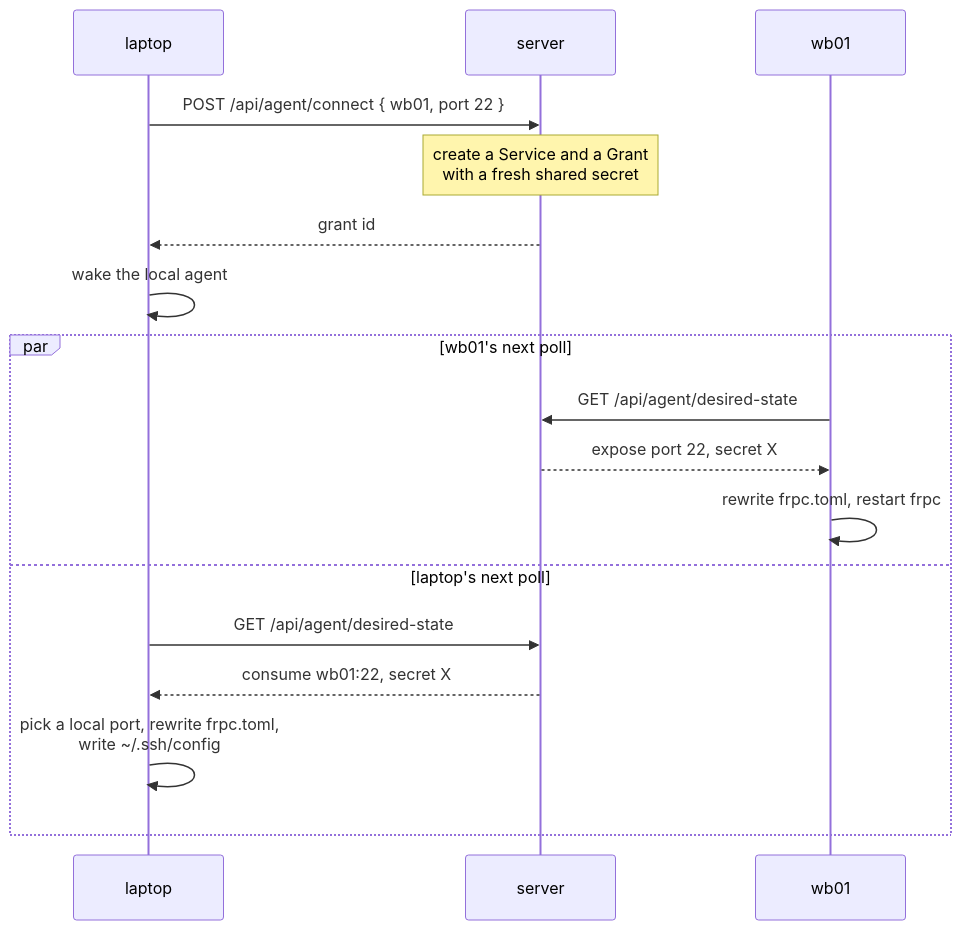
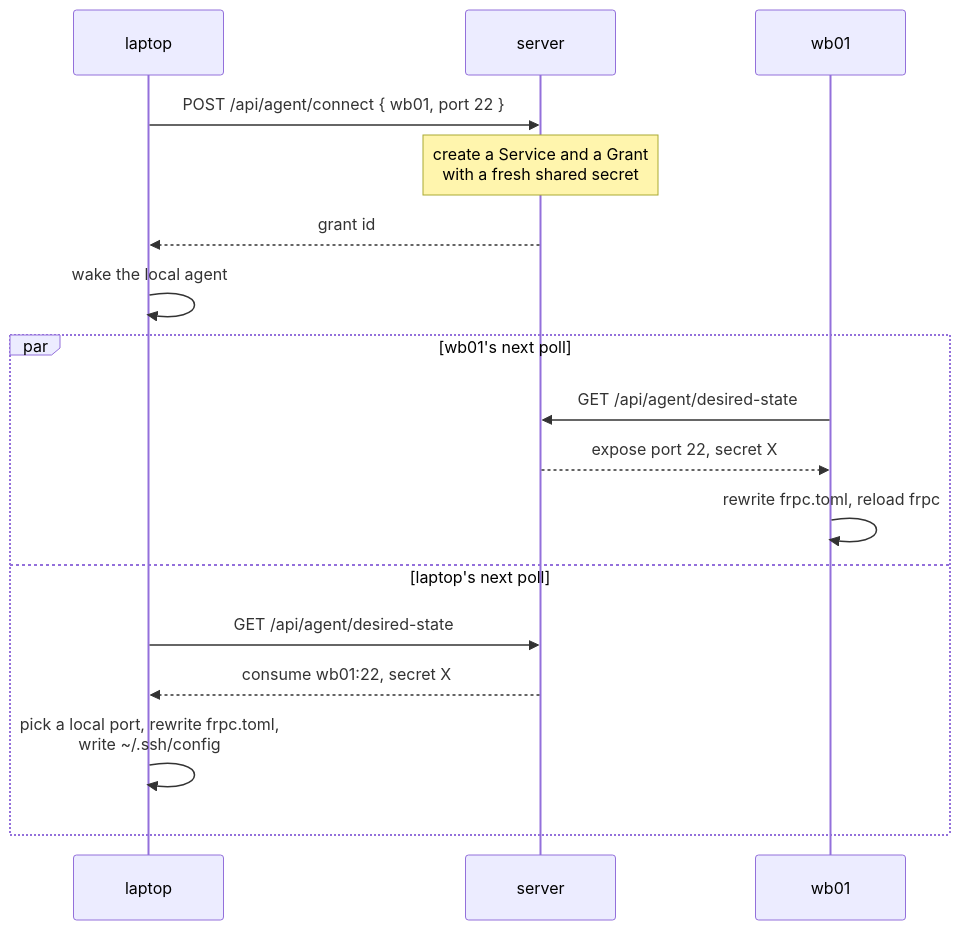
One commit to aadegtyarev/frp-jump changed the third of 6 diagrams in docs/how-it-works.md. Above: the diagram before and after it, drawn with Mermaid. The commit also changed other lines of this file and 12 other files, not shown here.

First line of the commit message:
Hot-reload frpc instead of restarting it on grant changes (#4)

````diff
--- a/docs/how-it-works.md
+++ b/docs/how-it-works.md
@@ -100,21 +101,21 @@
 ```mermaid
 sequenceDiagram
     participant L as laptop
     participant S as server
     participant W as wb01
 
     L->>S: POST /api/agent/connect { wb01, port 22 }
     Note over S: create a Service and a Grant<br/>with a fresh shared secret
     S-->>L: grant id
     L->>L: wake the local agent
 
     par wb01's next poll
         W->>S: GET /api/agent/desired-state
         S-->>W: expose port 22, secret X
-        W->>W: rewrite frpc.toml, restart frpc
+        W->>W: rewrite frpc.toml, reload frpc
     and laptop's next poll
         L->>S: GET /api/agent/desired-state
         S-->>L: consume wb01:22, secret X
         L->>L: pick a local port, rewrite frpc.toml,<br/>write ~/.ssh/config
     end
 ```
````
